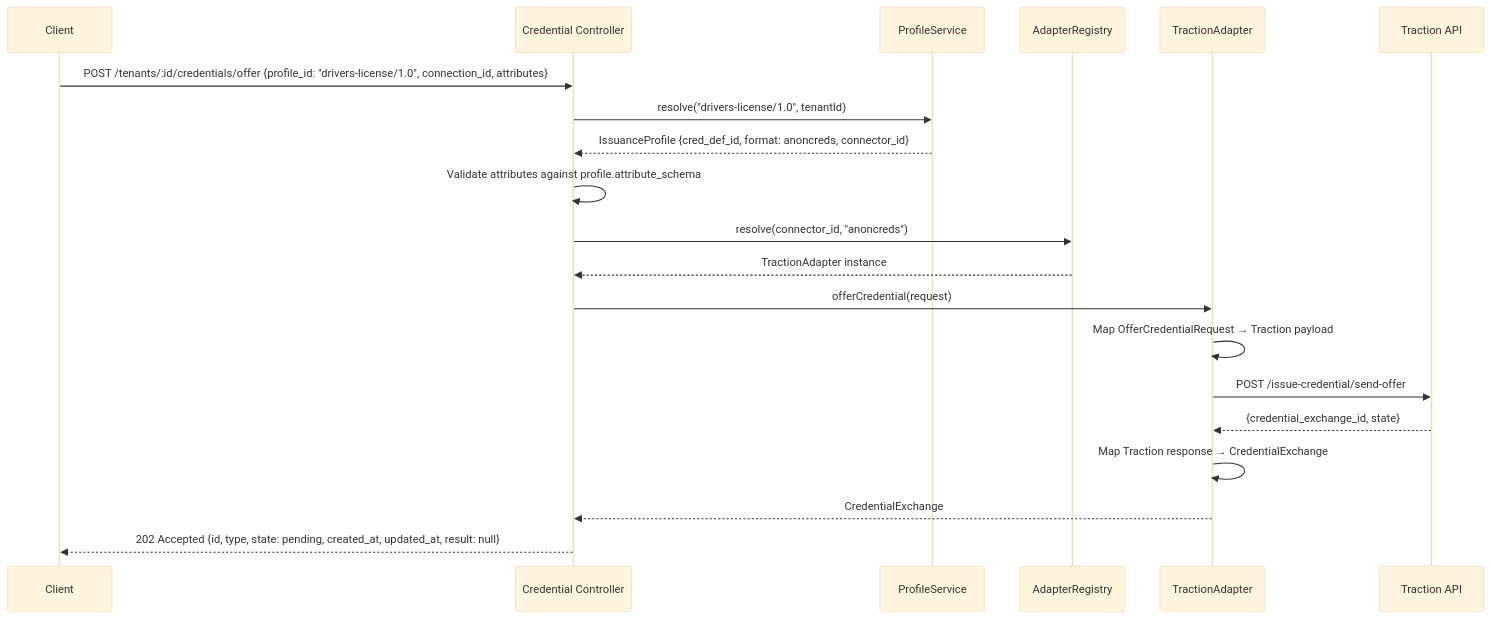
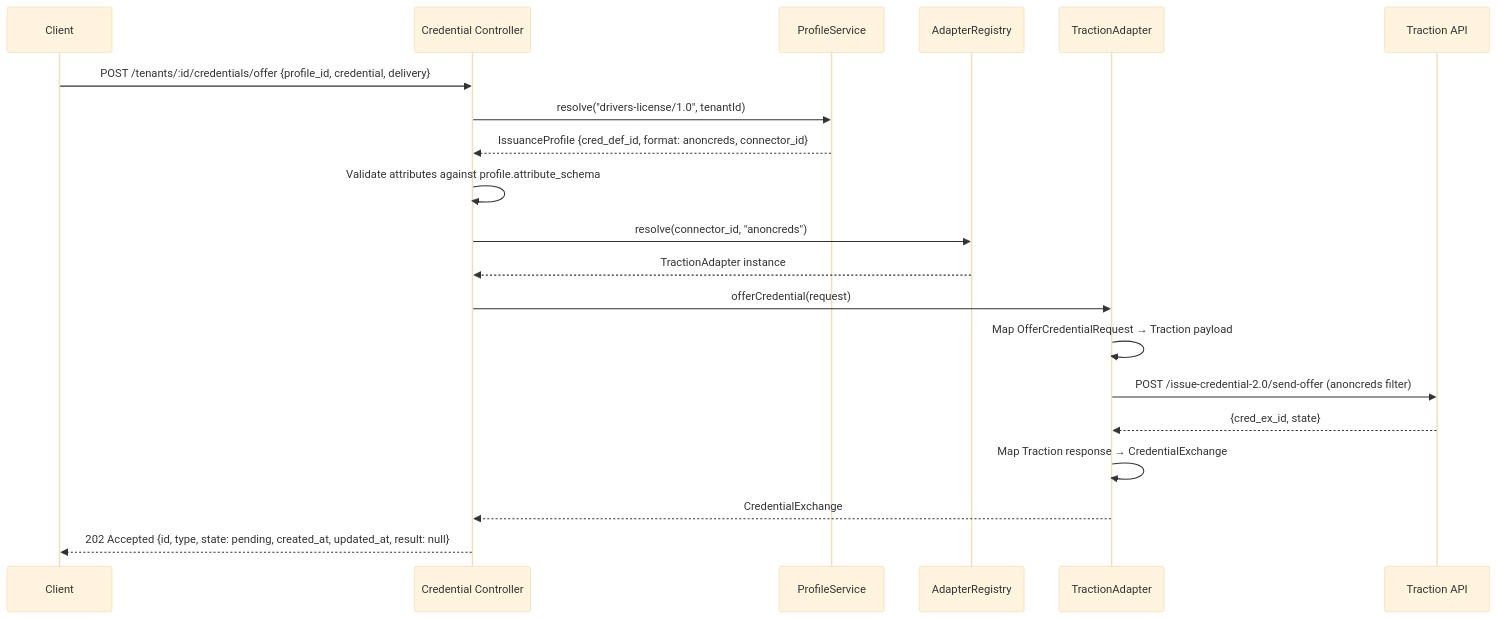
The seventh of 22 diagrams in docs/ARCHITECTURE.md (bcgov/digital-trust-common-service), drawn with Mermaid (base theme) before and after one commit. The commit also changed other lines of this file and 22 other files, not shown here.

````diff
--- a/docs/ARCHITECTURE.md
+++ b/docs/ARCHITECTURE.md
@@ -507,23 +502,23 @@
 ```mermaid
 sequenceDiagram
     participant Client
     participant Controller as Credential Controller
     participant ProfileSvc as ProfileService
     participant Registry as AdapterRegistry
     participant Adapter as TractionAdapter
     participant Traction as Traction API
 
-    Client->>Controller: POST /tenants/:id/credentials/offer {profile_id: "drivers-license/1.0", connection_id, attributes}
+    Client->>Controller: POST /tenants/:id/credentials/offer {profile_id, credential, delivery}
     Controller->>ProfileSvc: resolve("drivers-license/1.0", tenantId)
     ProfileSvc-->>Controller: IssuanceProfile {cred_def_id, format: anoncreds, connector_id}
     Controller->>Controller: Validate attributes against profile.attribute_schema
     Controller->>Registry: resolve(connector_id, "anoncreds")
     Registry-->>Controller: TractionAdapter instance
     Controller->>Adapter: offerCredential(request)
     Adapter->>Adapter: Map OfferCredentialRequest → Traction payload
-    Adapter->>Traction: POST /issue-credential/send-offer
-    Traction-->>Adapter: {credential_exchange_id, state}
+    Adapter->>Traction: POST /issue-credential-2.0/send-offer (anoncreds filter)
+    Traction-->>Adapter: {cred_ex_id, state}
     Adapter->>Adapter: Map Traction response → CredentialExchange
     Adapter-->>Controller: CredentialExchange
     Controller-->>Client: 202 Accepted {id, type, state: pending, created_at, updated_at, result: null}
 ```
````
